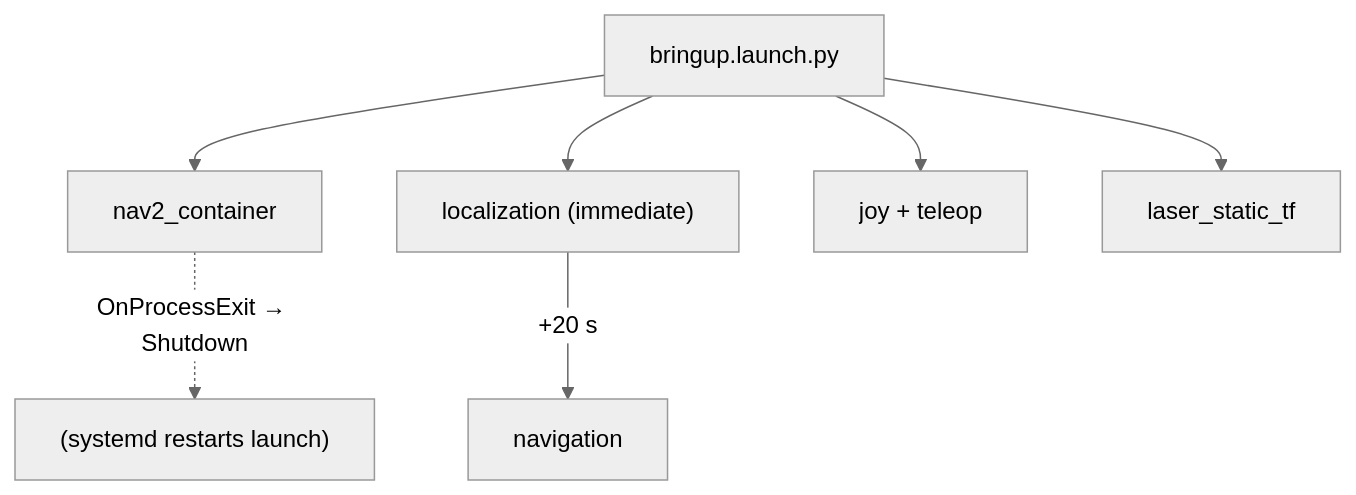
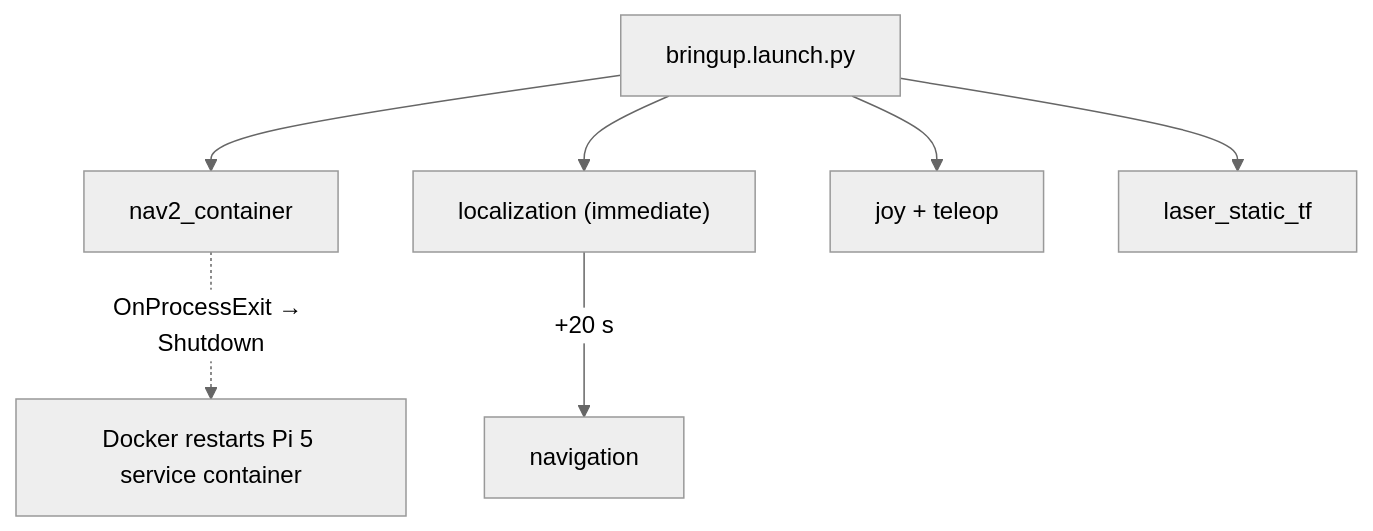
One commit to cmu-impactlab/patrolbot changed the diagram in docs/packages/patrolbot_navigation.md. Above: the diagram before and after it, drawn with Mermaid (neutral theme). The commit also changed other lines of this file and 52 other files, not shown here.

````diff
--- a/docs/packages/patrolbot_navigation.md
+++ b/docs/packages/patrolbot_navigation.md
@@ -62,9 +62,9 @@
 ```mermaid
 flowchart TB
     B["bringup.launch.py"] --> C["nav2_container"]
     B --> L["localization (immediate)"]
     L -->|"+20 s"| N["navigation"]
     B --> J["joy + teleop"]
     B --> T["laser_static_tf"]
-    C -. "OnProcessExit → Shutdown" .-> SD["(systemd restarts launch)"]
+    C -. "OnProcessExit → Shutdown" .-> SD["Docker restarts Pi 5 service container"]
 ```
````
